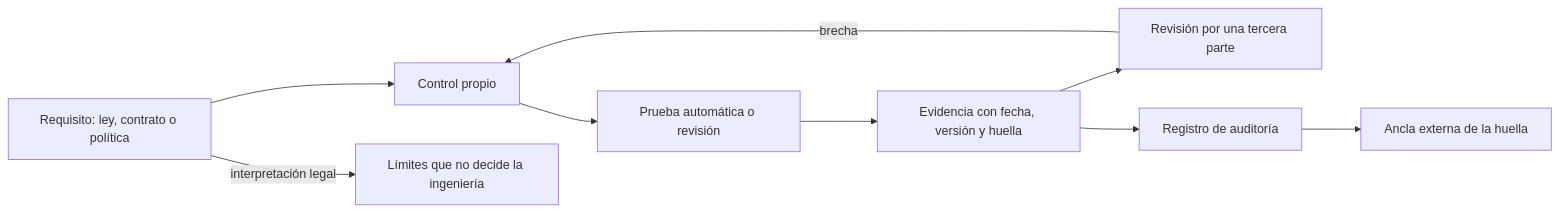
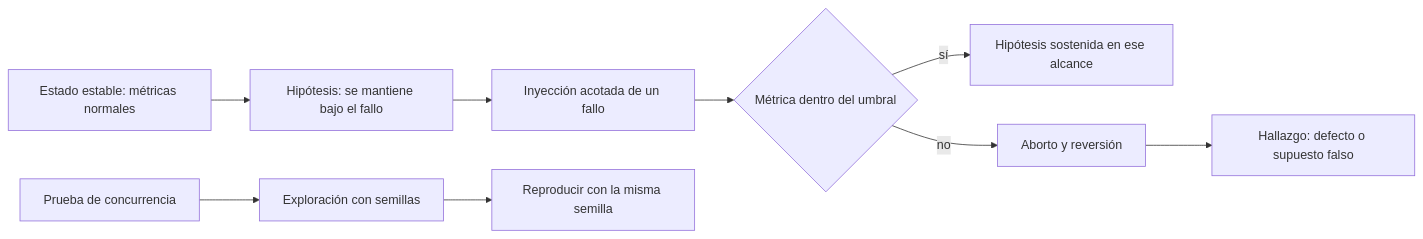
The diagram in content/part-32/SE-394.md (vladimiracunadev-create/modern-software-engineering-program), drawn with Mermaid before and after one commit. The commit also changed other lines of this file and 5193 other files, not shown here.

````diff
--- a/content/part-32/SE-394.md
+++ b/content/part-32/SE-394.md
@@ -56,11 +55,11 @@
 ```mermaid
 flowchart LR
-    A[Requisito: ley, contrato o política] --> B[Control propio]
-    B --> C[Prueba automática o revisión]
-    C --> D[Evidencia con fecha, versión y huella]
-    D --> E[Revisión por una tercera parte]
-    E -->|brecha| B
-    D --> F[Registro de auditoría]
-    F --> G[Ancla externa de la huella]
-    A -->|interpretación legal| H[Límites que no decide la ingeniería]
+    A[Estado estable: métricas normales] --> B[Hipótesis: se mantiene bajo el fallo]
+    B --> C[Inyección acotada de un fallo]
+    C --> D{Métrica dentro del umbral}
+    D -->|sí| E[Hipótesis sostenida en ese alcance]
+    D -->|no| F[Aborto y reversión]
+    F --> G[Hallazgo: defecto o supuesto falso]
+    H[Prueba de concurrencia] --> I[Exploración con semillas]
+    I --> J[Reproducir con la misma semilla]
 ```
````
